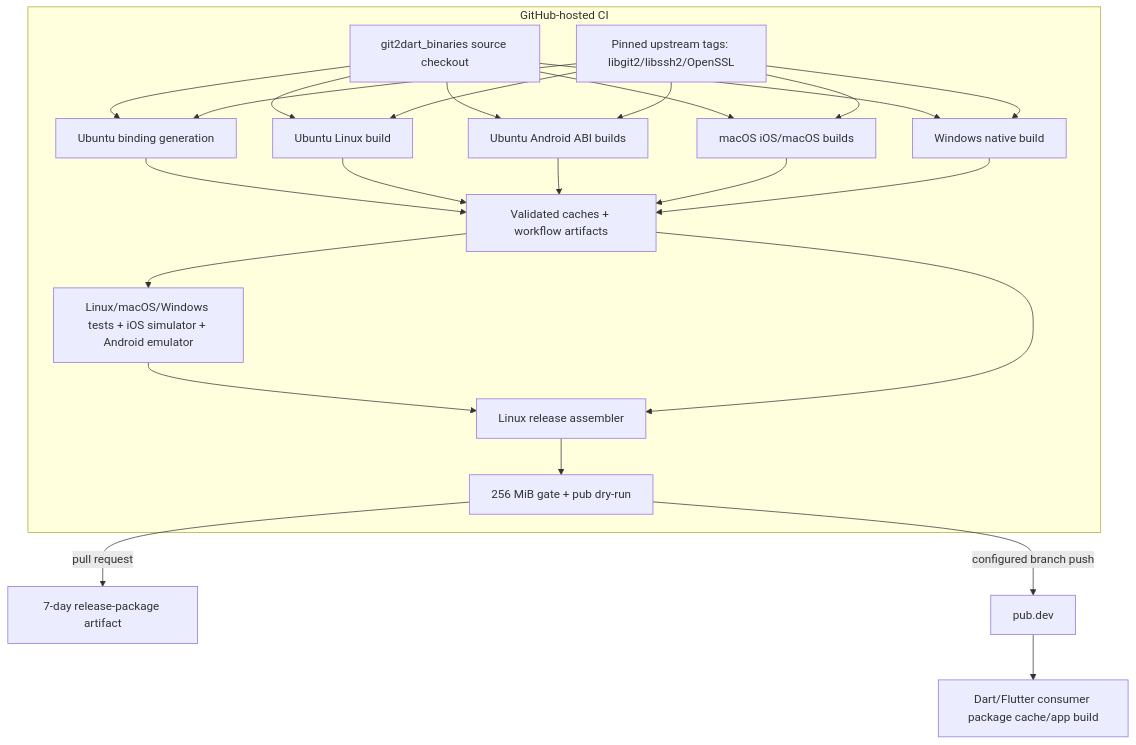
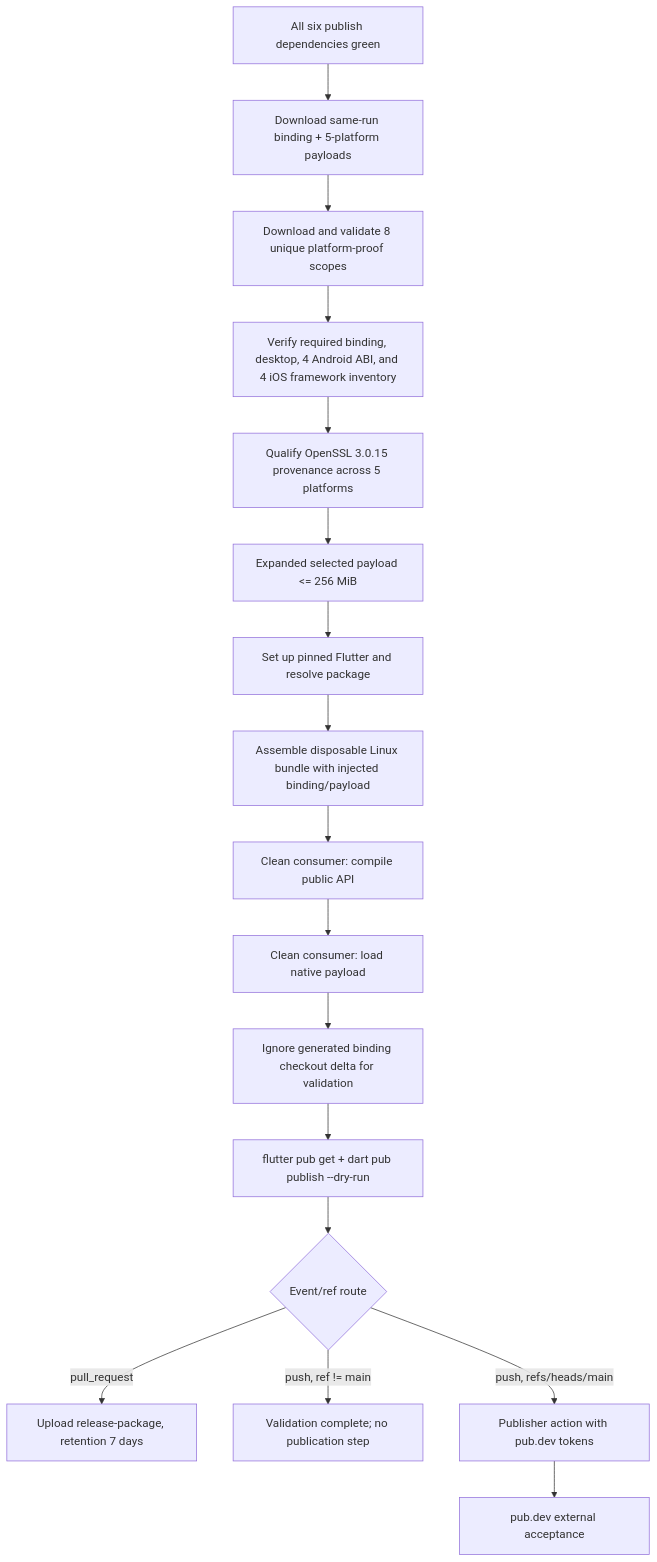
The second of 2 diagrams in .reversa/_reversa_sdd/deployment.md (DartGit-dev/git2dart_binaries), drawn with Mermaid before and after one commit. The commit also changed other lines of this file and 250 other files, not shown here.

Commit message:
Implement behavior-proof validation and harden platform proof gate

````diff
--- a/.reversa/_reversa_sdd/deployment.md
+++ b/.reversa/_reversa_sdd/deployment.md
@@ -5,39 +62,19 @@
 ```mermaid
-flowchart TB
-  subgraph GitHub["GitHub-hosted CI"]
-    Source["git2dart_binaries source checkout"]
-    Upstream["Pinned upstream tags: libgit2/libssh2/OpenSSL"]
-    Bindings["Ubuntu binding generation"]
-    LinuxBuild["Ubuntu Linux build"]
-    AndroidBuild["Ubuntu Android ABI builds"]
-    AppleBuild["macOS iOS/macOS builds"]
-    WindowsBuild["Windows native build"]
-    Fabric["Validated caches + workflow artifacts"]
-    Tests["Linux/macOS/Windows tests + iOS simulator + Android emulator"]
-    Assemble["Linux release assembler"]
-    Gates["256 MiB gate + pub dry-run"]
-  end
-
-  Source --> Bindings
-  Source --> LinuxBuild
-  Source --> AndroidBuild
-  Source --> AppleBuild
-  Source --> WindowsBuild
-  Upstream --> Bindings
-  Upstream --> LinuxBuild
-  Upstream --> AndroidBuild
-  Upstream --> AppleBuild
-  Upstream --> WindowsBuild
-  Bindings --> Fabric
-  LinuxBuild --> Fabric
-  AndroidBuild --> Fabric
-  AppleBuild --> Fabric
-  WindowsBuild --> Fabric
-  Fabric --> Tests
-  Tests --> Assemble
-  Fabric --> Assemble
-  Assemble --> Gates
-  Gates -->|pull request| PRArtifact["7-day release-package artifact"]
-  Gates -->|configured branch push| PubDev["pub.dev"]
-  PubDev --> Consumer["Dart/Flutter consumer package cache/app build"]
+flowchart TD
+  Eligible["All six publish dependencies green"] --> Download["Download same-run binding + 5-platform payloads"]
+  Download --> Proofs["Download and validate 8 unique platform-proof scopes"]
+  Proofs --> Inventory["Verify required binding, desktop, 4 Android ABI, and 4 iOS framework inventory"]
+  Inventory --> Provenance["Qualify OpenSSL 3.0.15 provenance across 5 platforms"]
+  Provenance --> Size["Expanded selected payload <= 256 MiB"]
+  Size --> Toolchain["Set up pinned Flutter and resolve package"]
+  Toolchain --> Assemble["Assemble disposable Linux bundle with injected binding/payload"]
+  Assemble --> Public["Clean consumer: compile public API"]
+  Public --> Native["Clean consumer: load native payload"]
+  Native --> IgnoreDelta["Ignore generated binding checkout delta for validation"]
+  IgnoreDelta --> DryRun["flutter pub get + dart pub publish --dry-run"]
+  DryRun --> Route{"Event/ref route"}
+  Route -->|pull_request| PR["Upload release-package, retention 7 days"]
+  Route -->|push, ref != main| Validated["Validation complete; no publication step"]
+  Route -->|push, refs/heads/main| Publish["Publisher action with pub.dev tokens"]
+  Publish --> Registry["pub.dev external acceptance"]
 ```
````
